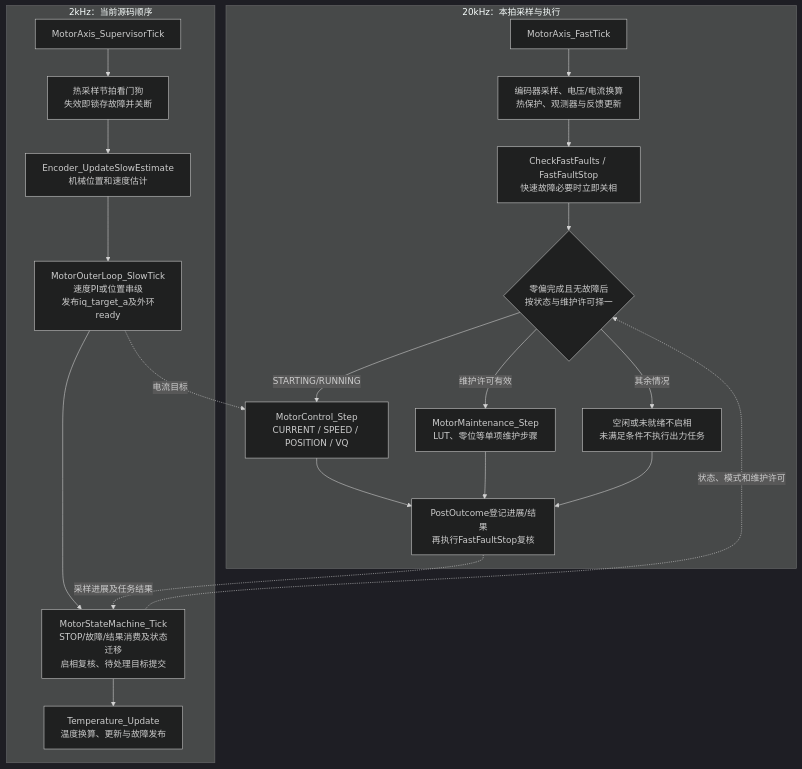
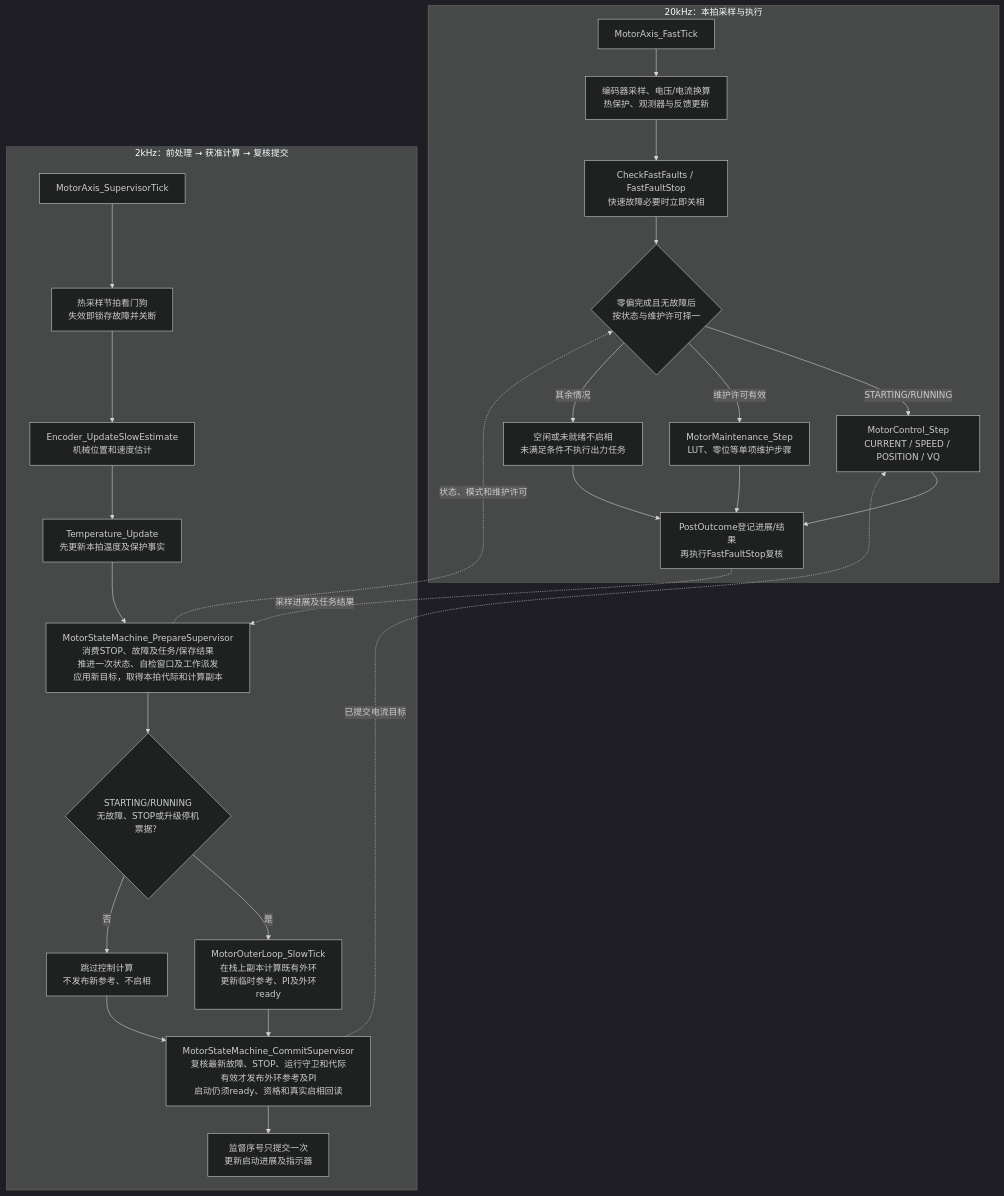
Before and after one commit to haoyang877/Vector_Mini_ST_Firmware: the second of 2 diagrams in docs/architecture/software_architecture.md, drawn with Mermaid (dark theme). The commit also changed other lines of this file and 12 other files, not shown here.

Commit message:
refactor(app): stage supervisor admission calculation and commit

````diff
--- a/docs/architecture/software_architecture.md
+++ b/docs/architecture/software_architecture.md
@@ -78,34 +78,41 @@
 ```mermaid
 flowchart TD
     subgraph FAST["20kHz：本拍采样与执行"]
         F["MotorAxis_FastTick"]
         SAMPLE["编码器采样、电压/电流换算<br/>热保护、观测器与反馈更新"]
         FAULT["CheckFastFaults / FastFaultStop<br/>快速故障必要时立即关相"]
         SELECT{"零偏完成且无故障后<br/>按状态与维护许可择一"}
         CONTROL["MotorControl_Step<br/>CURRENT / SPEED / POSITION / VQ"]
         CAL["MotorMaintenance_Step<br/>LUT、零位等单项维护步骤"]
         IDLE["空闲或未就绪不启相<br/>未满足条件不执行出力任务"]
         RESULT["PostOutcome登记进展/结果<br/>再执行FastFaultStop复核"]
         F --> SAMPLE --> FAULT --> SELECT
         SELECT -->|"STARTING/RUNNING"| CONTROL
         SELECT -->|"维护许可有效"| CAL
         SELECT -->|"其余情况"| IDLE
         CONTROL --> RESULT
         CAL --> RESULT
         IDLE --> RESULT
     end
 
-    subgraph SLOW["2kHz：当前源码顺序"]
+    subgraph SLOW["2kHz：前处理 → 获准计算 → 复核提交"]
         S["MotorAxis_SupervisorTick"]
         WATCH["热采样节拍看门狗<br/>失效即锁存故障并关断"]
         ENCODER["Encoder_UpdateSlowEstimate<br/>机械位置和速度估计"]
-        OUTER["MotorOuterLoop_SlowTick<br/>速度PI或位置串级<br/>发布iq_target_a及外环ready"]
-        STATE["MotorStateMachine_Tick<br/>STOP/故障/结果消费及状态迁移<br/>启相复核、待处理目标提交"]
-        TEMP["Temperature_Update<br/>温度换算、更新与故障发布"]
-        S --> WATCH --> ENCODER --> OUTER --> STATE --> TEMP
+        TEMP["Temperature_Update<br/>先更新本拍温度及保护事实"]
+        PRE["MotorStateMachine_PrepareSupervisor<br/>消费STOP、故障及任务/保存结果<br/>推进一次状态、自检窗口及工作派发<br/>应用新目标，取得本拍代际和计算副本"]
+        ALLOW{"STARTING/RUNNING<br/>无故障、STOP或升级停机票据？"}
+        OUTER["MotorOuterLoop_SlowTick<br/>在栈上副本计算既有外环<br/>更新临时参考、PI及外环ready"]
+        SKIP["跳过控制计算<br/>不发布新参考、不启相"]
+        COMMIT["MotorStateMachine_CommitSupervisor<br/>复核最新故障、STOP、运行守卫和代际<br/>有效才发布外环参考及PI<br/>启动仍须ready、资格和真实启相回读"]
+        DONE["监督序号只提交一次<br/>更新启动进展及指示器"]
+        S --> WATCH --> ENCODER --> TEMP --> PRE --> ALLOW
+        ALLOW -->|"是"| OUTER --> COMMIT
+        ALLOW -->|"否"| SKIP --> COMMIT
+        COMMIT --> DONE
     end
 
-    OUTER -. "电流目标" .-> CONTROL
-    STATE -. "状态、模式和维护许可" .-> SELECT
-    RESULT -. "采样进展及任务结果" .-> STATE
+    COMMIT -. "已提交电流目标" .-> CONTROL
+    PRE -. "状态、模式和维护许可" .-> SELECT
+    RESULT -. "采样进展及任务结果" .-> PRE
 ```
````
